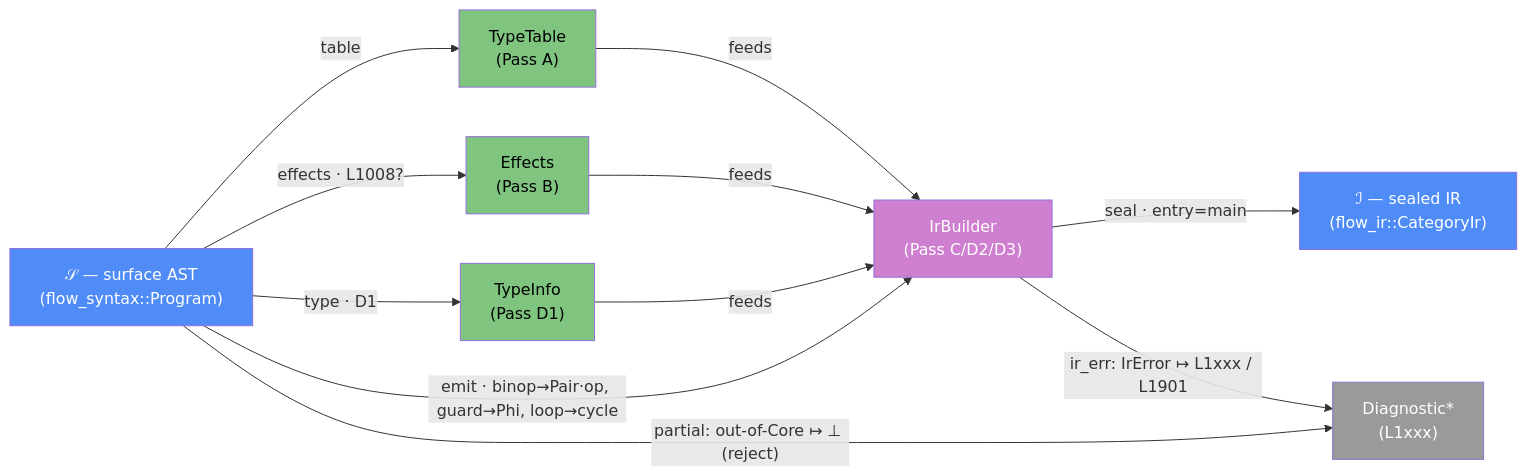
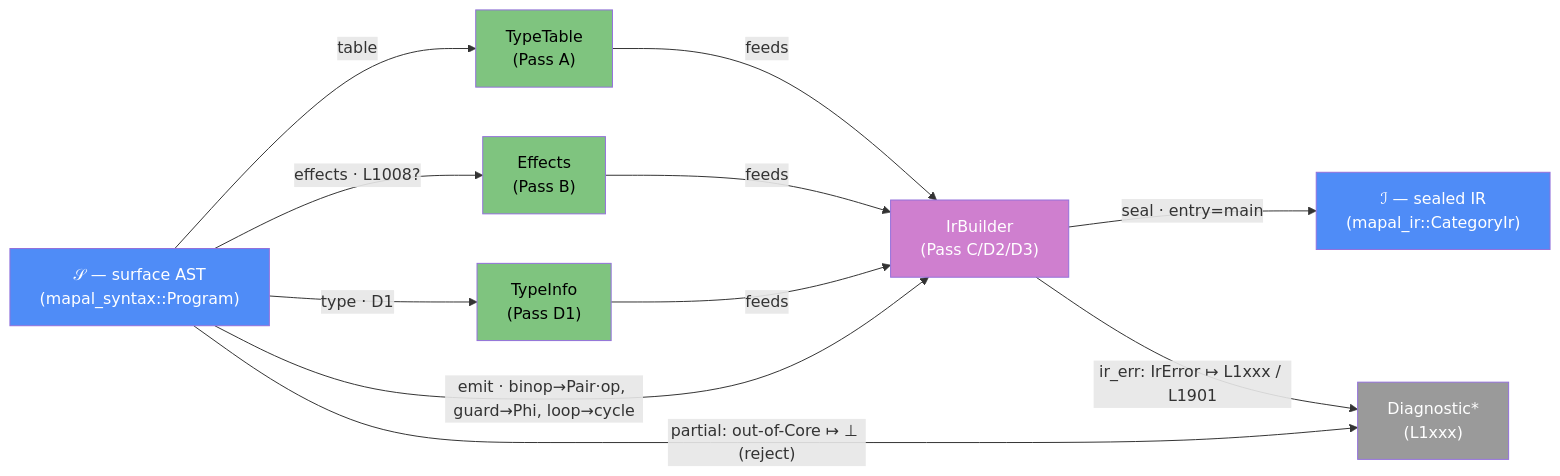
Before and after one commit to LessComplexity/flow: the diagram in docs/components/lower/DESIGN.md, drawn with Mermaid. The commit also changed other lines of this file and 659 other files, not shown here.

````diff
--- a/docs/components/lower/DESIGN.md
+++ b/docs/components/lower/DESIGN.md
@@ -165,27 +165,27 @@
 ```mermaid
 graph LR
-    S["𝒮 — surface AST<br/>(flow_syntax::Program)"]
+    S["𝒮 — surface AST<br/>(mapal_syntax::Program)"]
     TT["TypeTable<br/>(Pass A)"]
     EF["Effects<br/>(Pass B)"]
     TI["TypeInfo<br/>(Pass D1)"]
     BU["IrBuilder<br/>(Pass C/D2/D3)"]
-    I["ℐ — sealed IR<br/>(flow_ir::CategoryIr)"]
+    I["ℐ — sealed IR<br/>(mapal_ir::CategoryIr)"]
     D["Diagnostic*<br/>(L1xxx)"]
     S -- "table" --> TT
     S -- "effects · L1008?" --> EF
     S -- "type · D1" --> TI
     TT -- "feeds" --> BU
     EF -- "feeds" --> BU
     TI -- "feeds" --> BU
     S -- "emit · binop→Pair·op, guard→Phi, loop→cycle" --> BU
     BU -- "seal · entry=main" --> I
     S -- "partial: out-of-Core ↦ ⊥ (reject)" --> D
     BU -- "ir_err: IrError ↦ L1xxx / L1901" --> D
     style S fill:#4f8cf7,color:#fff
     style I fill:#4f8cf7,color:#fff
     style TT fill:#7fc47f,color:#000
     style EF fill:#7fc47f,color:#000
     style TI fill:#7fc47f,color:#000
     style BU fill:#cf7fcf,color:#fff
     style D fill:#9a9a9a,color:#fff
 ```
````
